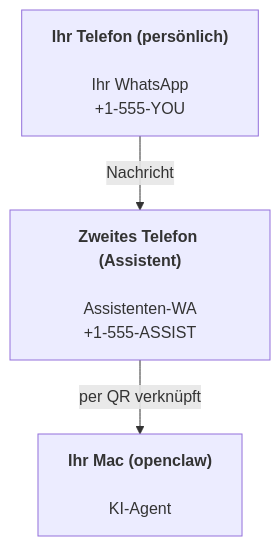
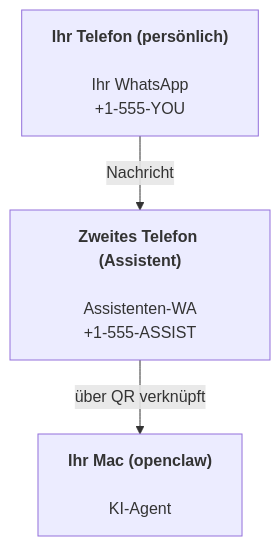
The diagram in docs/de/start/openclaw.md (openclaw/docs), drawn with Mermaid before and after one commit. The commit also changed other lines of this file and 759 other files, not shown here.

````diff
--- a/docs/de/start/openclaw.md
+++ b/docs/de/start/openclaw.md
@@ -37,5 +37,5 @@
 ```mermaid
 flowchart TB
     A["<b>Ihr Telefon (persönlich)<br></b><br>Ihr WhatsApp<br>+1-555-YOU"] -- Nachricht --> B["<b>Zweites Telefon (Assistent)<br></b><br>Assistenten-WA<br>+1-555-ASSIST"]
-    B -- per QR verknüpft --> C["<b>Ihr Mac (openclaw)<br></b><br>KI-Agent"]
+    B -- über QR verknüpft --> C["<b>Ihr Mac (openclaw)<br></b><br>KI-Agent"]
 ```
````
